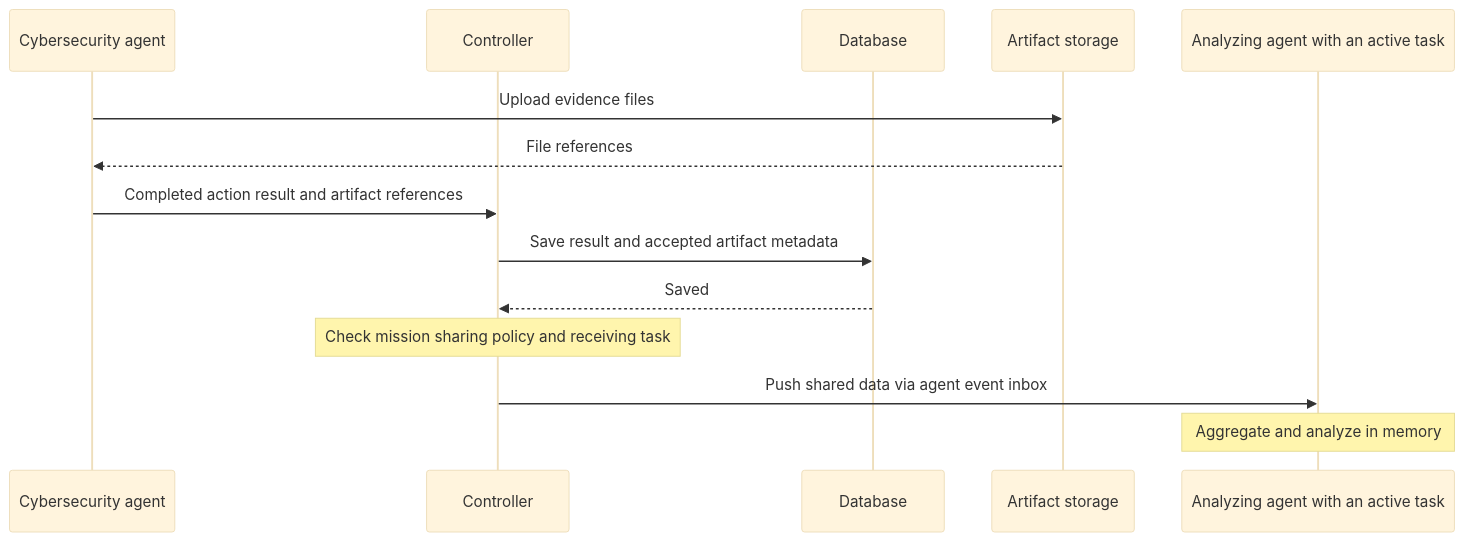
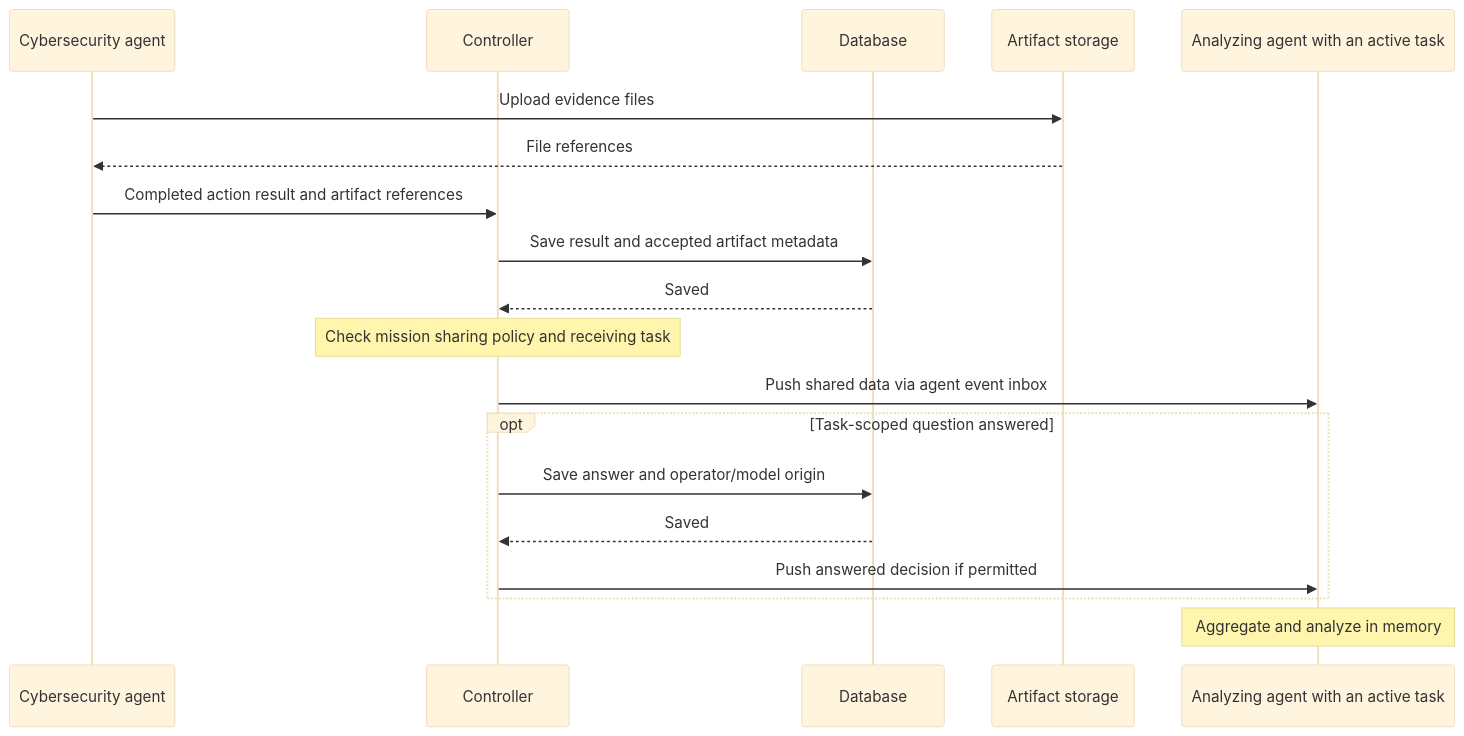
Before and after one commit to defos-ai/commander: the diagram in docs/features/data-sharing.md, drawn with Mermaid (base theme). The commit also changed other lines of this file and 16 other files, not shown here.

````diff
--- a/docs/features/data-sharing.md
+++ b/docs/features/data-sharing.md
@@ -50,17 +51,22 @@
 ```mermaid
 sequenceDiagram
     participant Security as Cybersecurity agent
     participant Controller
     participant Database
     participant Storage as Artifact storage
     participant Analyzer as Analyzing agent with an active task
 
     Security->>Storage: Upload evidence files
     Storage-->>Security: File references
     Security->>Controller: Completed action result and artifact references
     Controller->>Database: Save result and accepted artifact metadata
     Database-->>Controller: Saved
     Note over Controller: Check mission sharing policy and receiving task
     Controller->>Analyzer: Push shared data via agent event inbox
+    opt Task-scoped question answered
+        Controller->>Database: Save answer and operator/model origin
+        Database-->>Controller: Saved
+        Controller->>Analyzer: Push answered decision if permitted
+    end
     Note over Analyzer: Aggregate and analyze in memory
 ```
````
